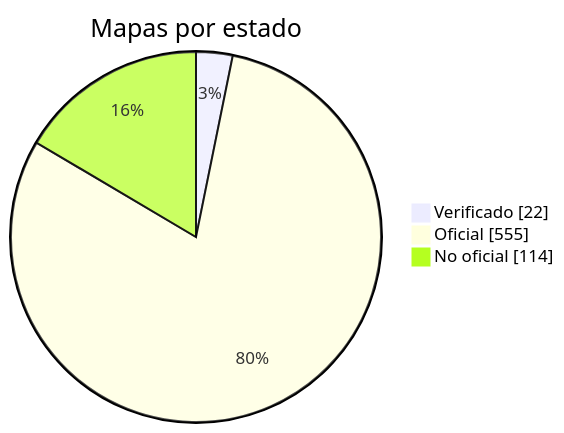
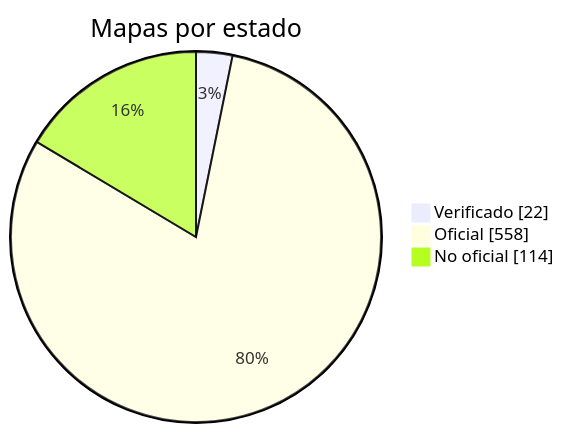
One commit to nobrega8/mbmap-library changed the diagram in docs/readme/README_ES.md. Above: the diagram before and after it, drawn with Mermaid. The commit also changed 8 other files, not shown here.

````diff
--- a/docs/readme/README_ES.md
+++ b/docs/readme/README_ES.md
@@ -54,7 +54,7 @@
 ```mermaid
 pie showData
     title Mapas por estado
     "Verificado" : 22
-    "Oficial" : 555
+    "Oficial" : 558
     "No oficial" : 114
 ```
````
